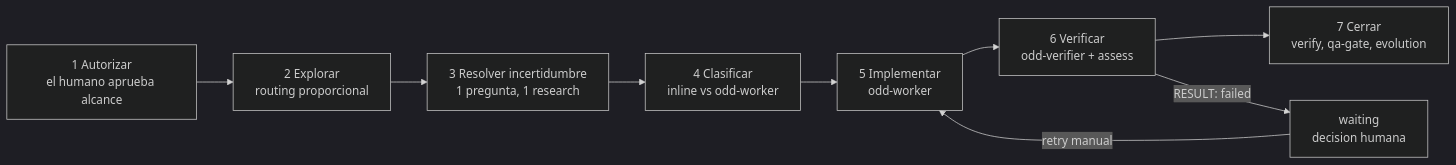
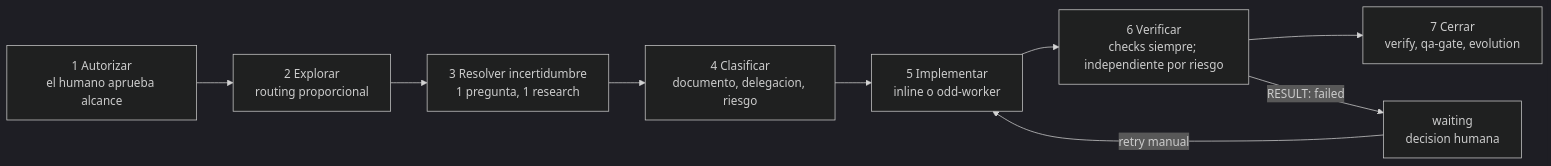
One commit to Rukawua26/opencode-ecosystem changed the second of 3 diagrams in README.md. Above: the diagram before and after it, drawn with Mermaid (dark theme). The commit also changed other lines of this file and 6 other files, not shown here.

First line of the commit message:
docs(agents): politica ODD proporcional (delegar y verificar por riesgo, no por conteo)

````diff
--- a/README.md
+++ b/README.md
@@ -133,14 +133,14 @@
 ```mermaid
 flowchart LR
     A["1 Autorizar<br/>el humano aprueba alcance"]
     B["2 Explorar<br/>routing proporcional"]
     C["3 Resolver incertidumbre<br/>1 pregunta, 1 research"]
-    D["4 Clasificar<br/>inline vs odd-worker"]
-    E["5 Implementar<br/>odd-worker"]
-    F["6 Verificar<br/>odd-verifier + assess"]
+    D["4 Clasificar<br/>documento, delegacion, riesgo"]
+    E["5 Implementar<br/>inline o odd-worker"]
+    F["6 Verificar<br/>checks siempre; independiente por riesgo"]
     G["7 Cerrar<br/>verify, qa-gate, evolution"]
 
     A --> B --> C --> D --> E --> F --> G
     F -->|"RESULT: failed"| H["waiting<br/>decision humana"]
     H -->|"retry manual"| E
 ```
````
